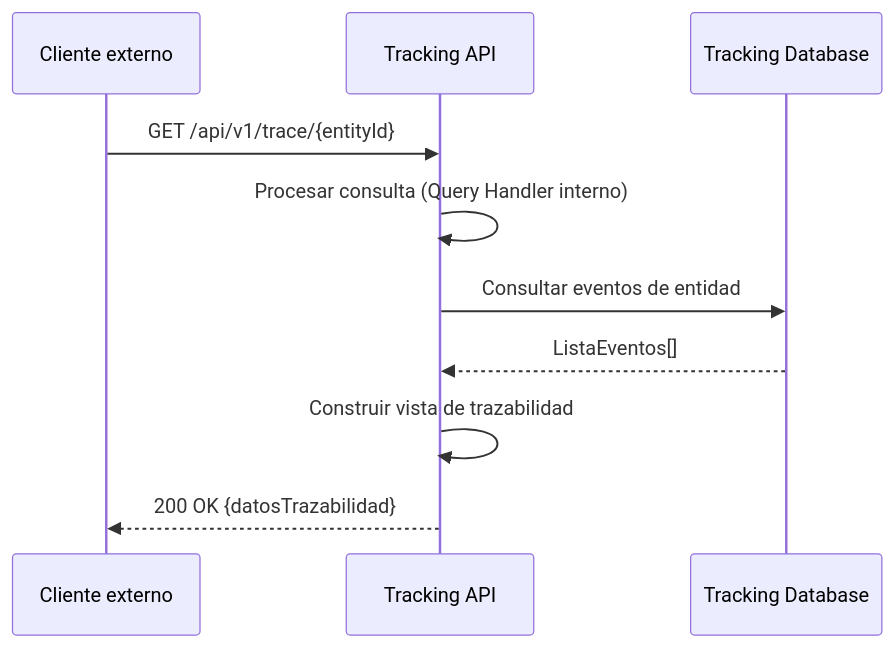
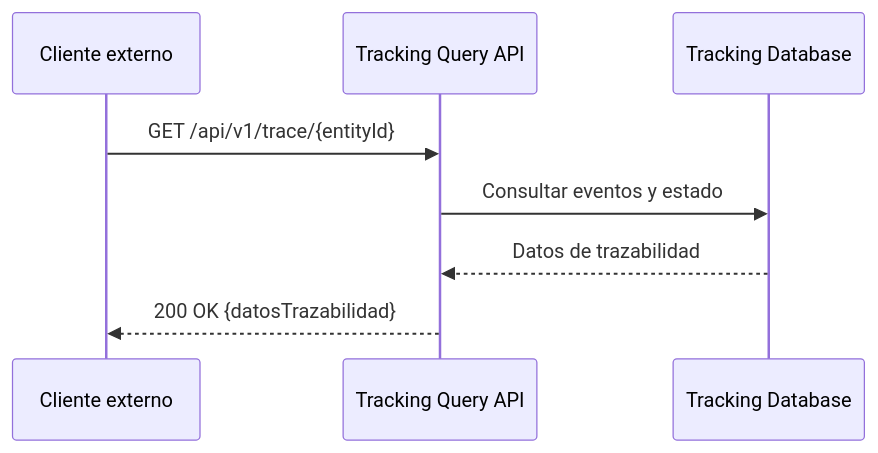
One commit to jclemente-tlm/tlm-doc-architecture changed the second of 2 diagrams in docs/servicios-corporativos/servicio-track-trace/06-vista-tiempo-ejecucion.md. Above: the diagram before and after it, drawn with Mermaid. The commit also changed other lines of this file and 59 other files, not shown here.

````diff
--- a/docs/servicios-corporativos/servicio-track-trace/06-vista-tiempo-ejecucion.md
+++ b/docs/servicios-corporativos/servicio-track-trace/06-vista-tiempo-ejecucion.md
@@ -53,13 +44,11 @@
 ```mermaid
 sequenceDiagram
     participant Cliente as Cliente externo
-    participant API as Tracking API
-    participant BD as Tracking Database
+    participant API as Tracking Query API
+    participant DB as Tracking Database
 
     Cliente->>API: GET /api/v1/trace/{entityId}
-    API->>API: Procesar consulta (Query Handler interno)
-    API->>BD: Consultar eventos de entidad
-    BD-->>API: ListaEventos[]
-    API->>API: Construir vista de trazabilidad
+    API->>DB: Consultar eventos y estado
+    DB-->>API: Datos de trazabilidad
     API-->>Cliente: 200 OK {datosTrazabilidad}
 ```
````
